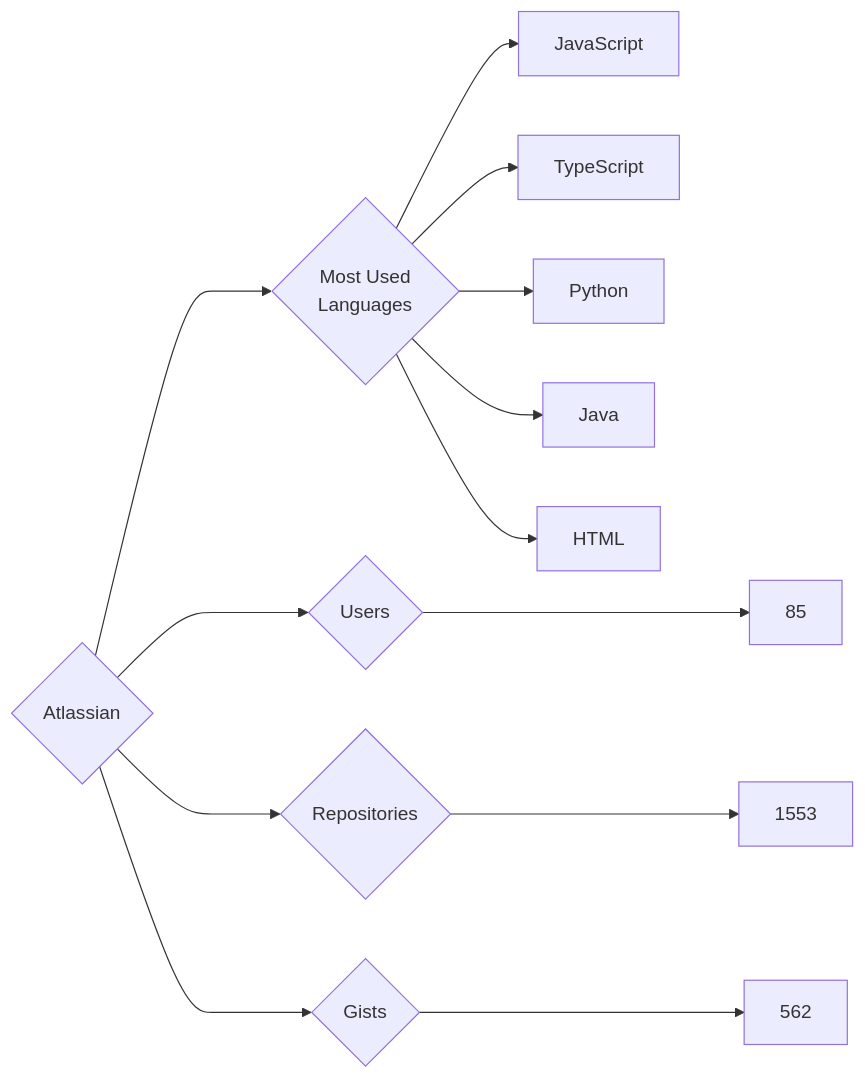
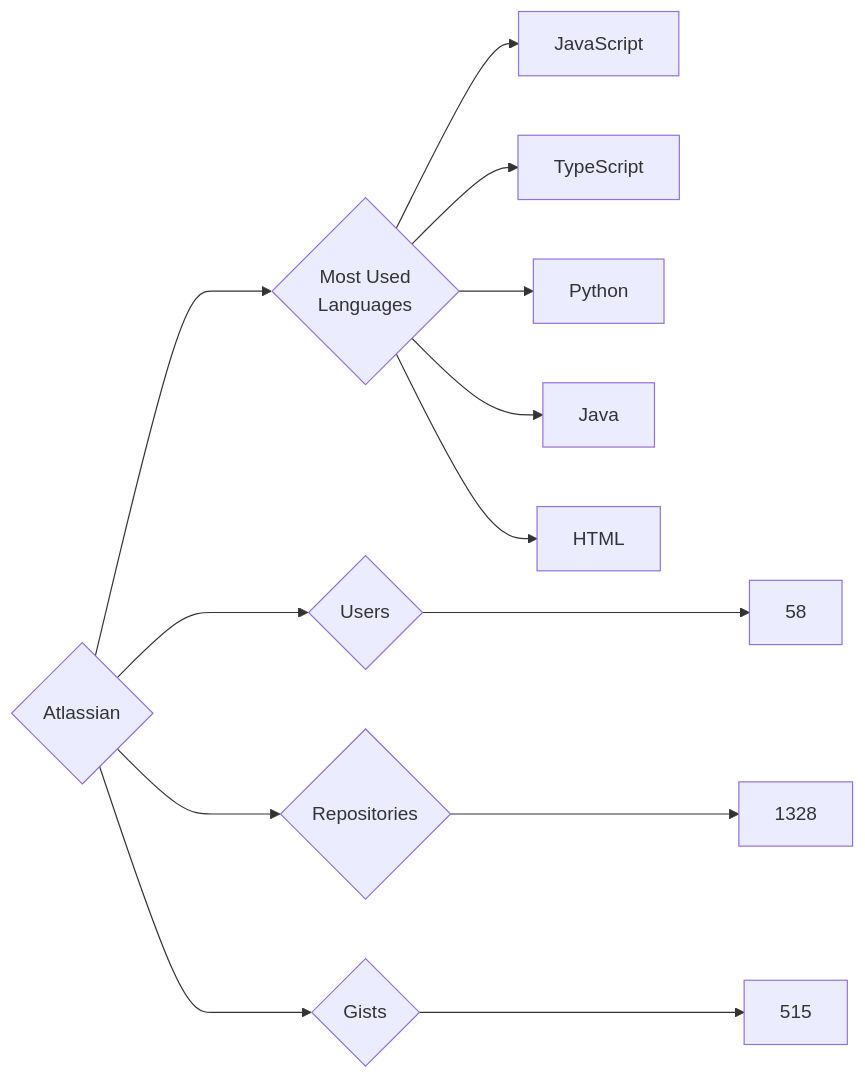
Before and after one commit to trickest/insiders: the diagram in targets/Atlassian/README.md, drawn with Mermaid. The commit also changed 895 other files, not shown here.

````diff
--- a/targets/Atlassian/README.md
+++ b/targets/Atlassian/README.md
@@ -3,13 +3,13 @@
 ```mermaid
 graph LR
 COMPANY_NAME{Atlassian}
-COMPANY_NAME ---> U{Users} ---> UN[85]
-COMPANY_NAME ---> R{Repositories} ---> RN[1553]
-COMPANY_NAME ---> G{Gists} ---> GN[562]
+COMPANY_NAME ---> U{Users} ---> UN[58]
+COMPANY_NAME ---> R{Repositories} ---> RN[1328]
+COMPANY_NAME ---> G{Gists} ---> GN[515]
 COMPANY_NAME ---> ML{Most Used<br>Languages}
 ML --> JavaScript[JavaScript]
 ML --> TypeScript[TypeScript]
 ML --> Python[Python]
 ML --> Java[Java]
 ML --> HTML[HTML]
 ```
````
